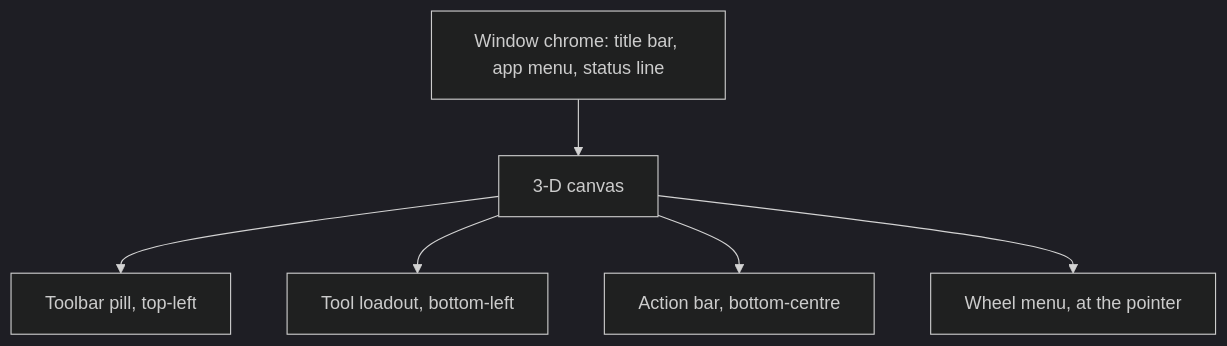
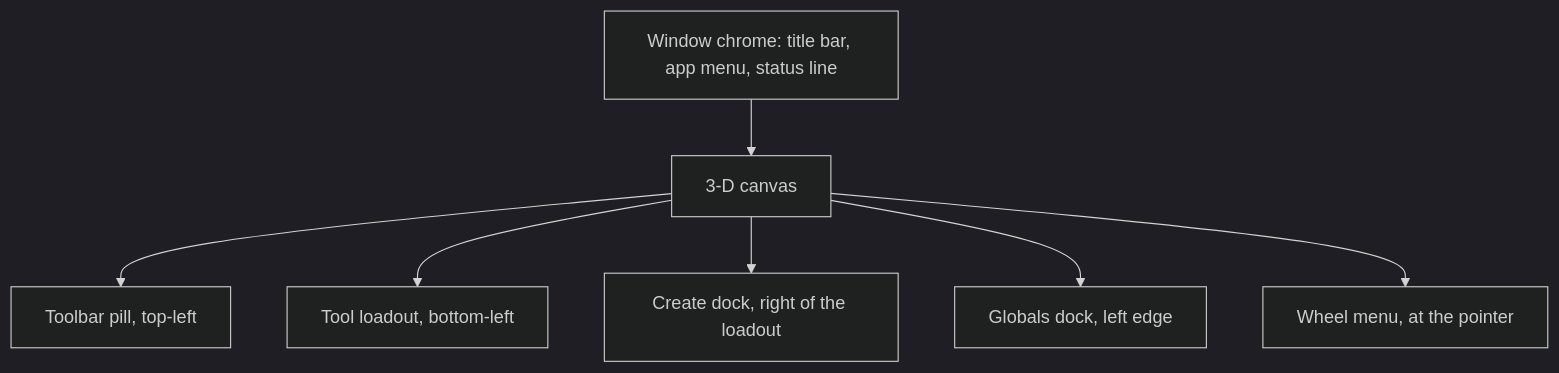
The diagram in docs/user/explanation/ui-controls.md (ferrocad/ferrocad), drawn with Mermaid (dark theme) before and after one commit. The commit also changed other lines of this file and 16 other files, not shown here.

````diff
--- a/docs/user/explanation/ui-controls.md
+++ b/docs/user/explanation/ui-controls.md
@@ -23,14 +23,16 @@
 ```mermaid
 flowchart TD
     Frame["Window chrome: title bar, app menu, status line"]
     Canvas["3-D canvas"]
     Header["Toolbar pill, top-left"]
     Loadout["Tool loadout, bottom-left"]
-    Dock["Action bar, bottom-centre"]
+    Create["Create dock, right of the loadout"]
+    Dock["Globals dock, left edge"]
     Wheel["Wheel menu, at the pointer"]
     Frame --> Canvas
     Canvas --> Header
     Canvas --> Loadout
+    Canvas --> Create
     Canvas --> Dock
     Canvas --> Wheel
 ```
````
